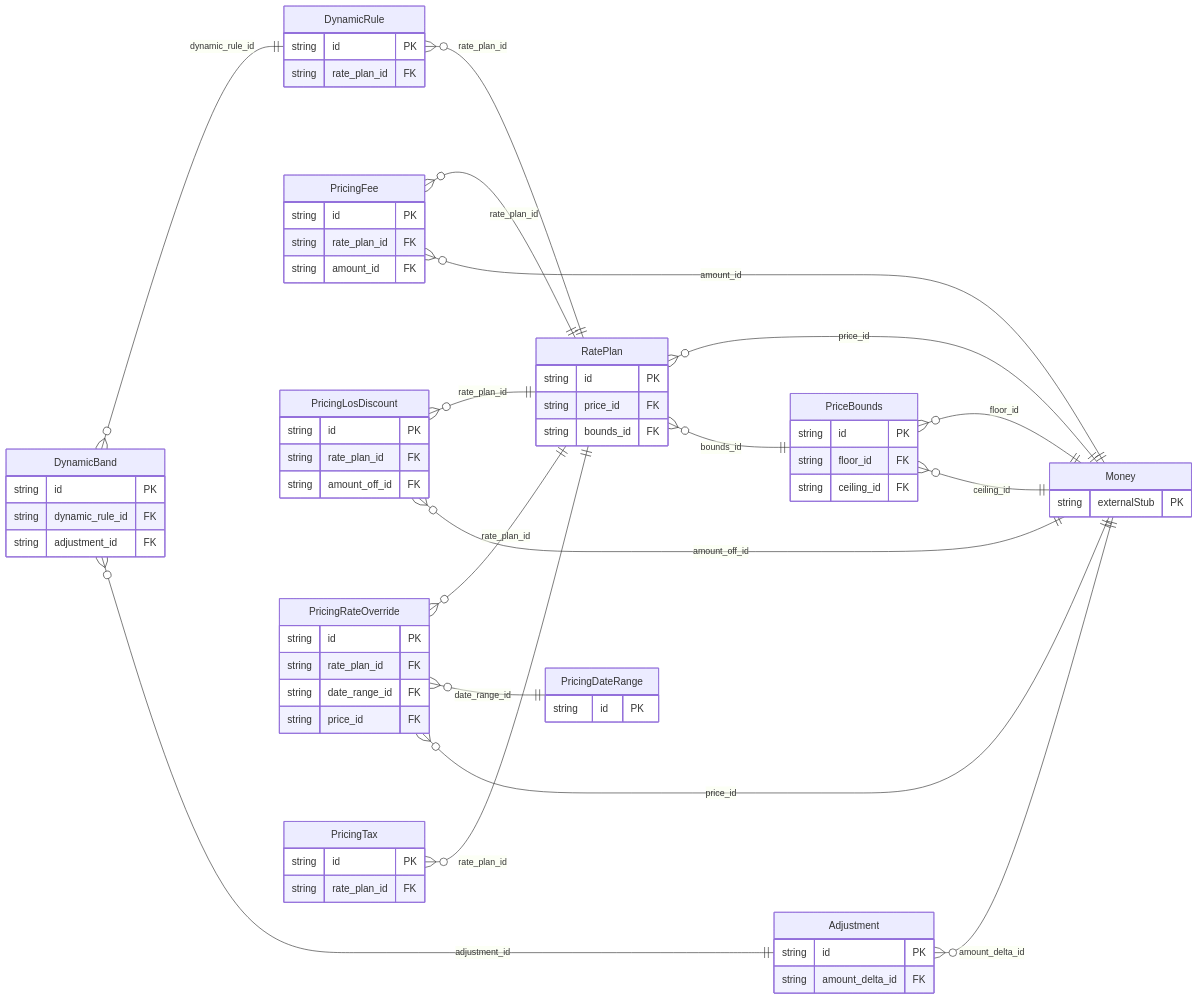
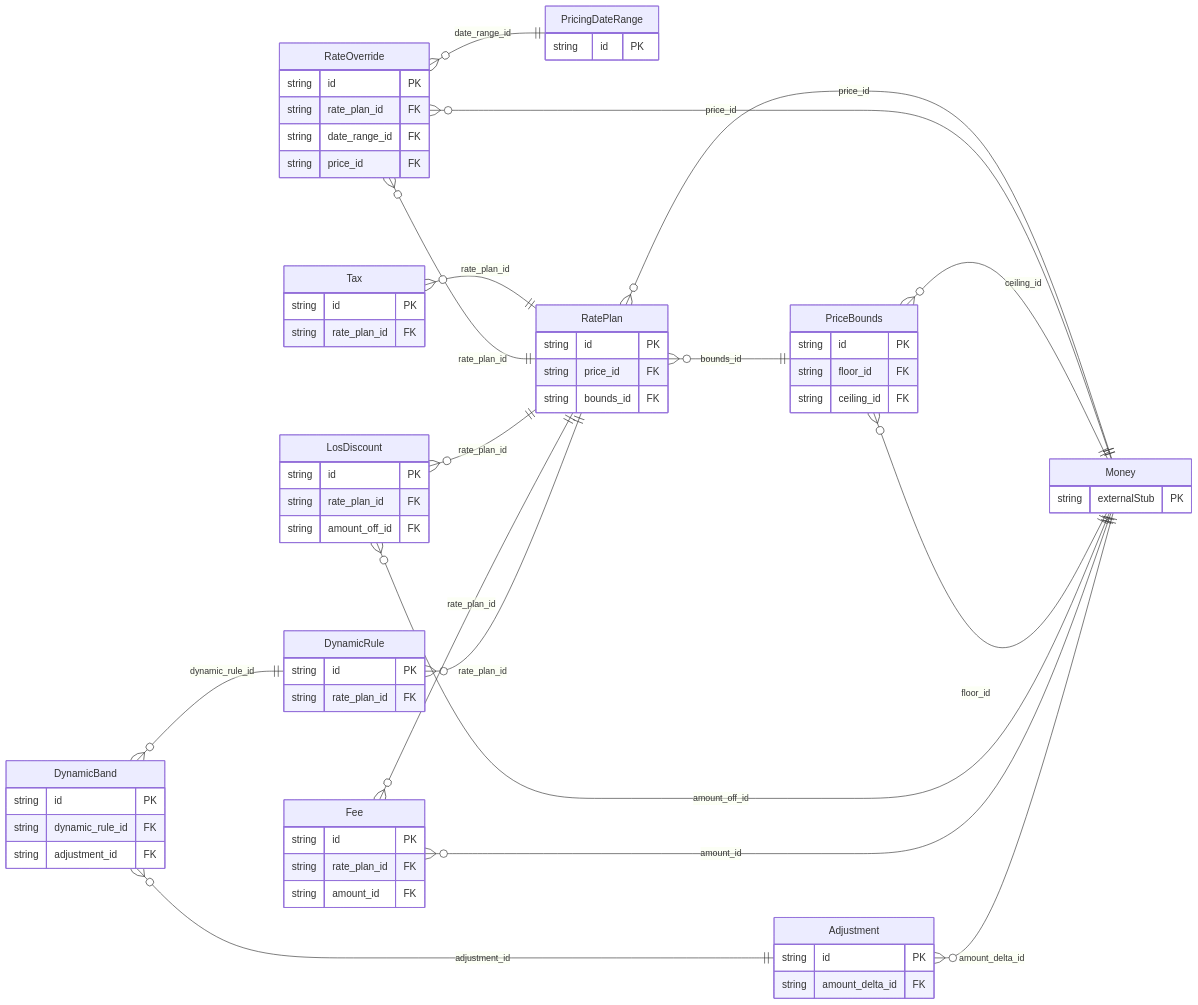
Before and after one commit to build-a-company/freebusy: the diagram in protobuf/generated/prisma/freebusy/pricing/README.md, drawn with Mermaid. The commit also changed 141 other files, not shown here.

Commit message:
Remove deprecated property and unit management code, including related telemetry and protobuf definitions, to streamline the service architecture.

````diff
--- a/protobuf/generated/prisma/freebusy/pricing/README.md
+++ b/protobuf/generated/prisma/freebusy/pricing/README.md
@@ -13,69 +13,69 @@
 ```mermaid
 erDiagram
     direction LR
     Adjustment {
         string id PK
         string amount_delta_id FK
     }
     DynamicBand {
         string id PK
         string dynamic_rule_id FK
         string adjustment_id FK
     }
     DynamicRule {
         string id PK
         string rate_plan_id FK
     }
+    Fee {
+        string id PK
+        string rate_plan_id FK
+        string amount_id FK
+    }
+    LosDiscount {
+        string id PK
+        string rate_plan_id FK
+        string amount_off_id FK
+    }
     PriceBounds {
         string id PK
         string floor_id FK
         string ceiling_id FK
     }
     PricingDateRange {
         string id PK
     }
-    PricingFee {
-        string id PK
-        string rate_plan_id FK
-        string amount_id FK
-    }
-    PricingLosDiscount {
-        string id PK
-        string rate_plan_id FK
-        string amount_off_id FK
-    }
-    PricingRateOverride {
+    RateOverride {
         string id PK
         string rate_plan_id FK
         string date_range_id FK
         string price_id FK
     }
-    PricingTax {
-        string id PK
-        string rate_plan_id FK
-    }
     RatePlan {
         string id PK
         string price_id FK
         string bounds_id FK
+    }
+    Tax {
+        string id PK
+        string rate_plan_id FK
     }
     Money {
         string externalStub PK
     }
     Adjustment }o--|| Money : "amount_delta_id"
     DynamicBand }o--|| DynamicRule : "dynamic_rule_id"
     DynamicBand }o--|| Adjustment : "adjustment_id"
     DynamicRule }o--|| RatePlan : "rate_plan_id"
+    Fee }o--|| RatePlan : "rate_plan_id"
+    Fee }o--|| Money : "amount_id"
+    LosDiscount }o--|| RatePlan : "rate_plan_id"
+    LosDiscount }o--|| Money : "amount_off_id"
     PriceBounds }o--|| Money : "floor_id"
     PriceBounds }o--|| Money : "ceiling_id"
-    PricingFee }o--|| RatePlan : "rate_plan_id"
-    PricingFee }o--|| Money : "amount_id"
-    PricingLosDiscount }o--|| RatePlan : "rate_plan_id"
-    PricingLosDiscount }o--|| Money : "amount_off_id"
-    PricingRateOverride }o--|| RatePlan : "rate_plan_id"
-    PricingRateOverride }o--|| PricingDateRange : "date_range_id"
-    PricingRateOverride }o--|| Money : "price_id"
-    PricingTax }o--|| RatePlan : "rate_plan_id"
+    RateOverride }o--|| RatePlan : "rate_plan_id"
+    RateOverride }o--|| PricingDateRange : "date_range_id"
+    RateOverride }o--|| Money : "price_id"
     RatePlan }o--|| Money : "price_id"
     RatePlan }o--|| PriceBounds : "bounds_id"
+    Tax }o--|| RatePlan : "rate_plan_id"
 ```
````
